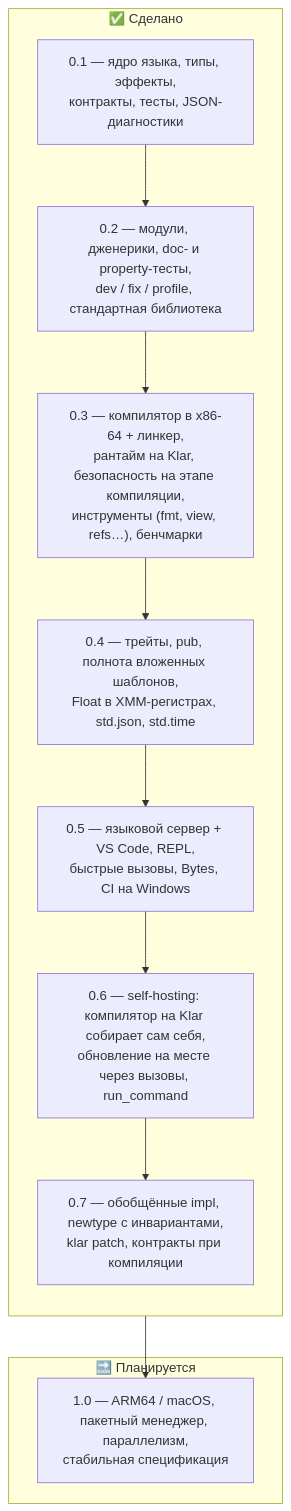
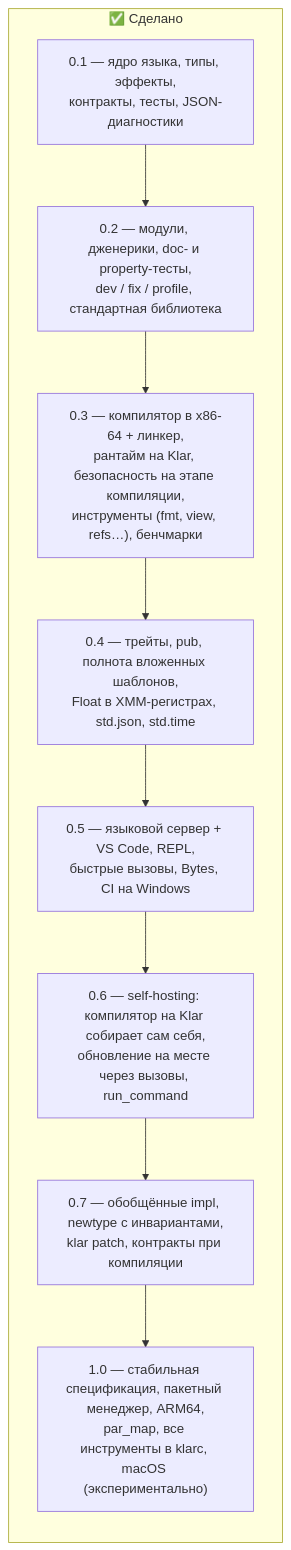
Before and after one commit to veosett/Klar: the second of 2 diagrams in README.ru.md, drawn with Mermaid. The commit also changed other lines of this file and 22 other files, not shown here.

````diff
--- a/README.ru.md
+++ b/README.ru.md
@@ -148,18 +149,15 @@
 ```mermaid
 flowchart TB
     subgraph done["✅ Сделано"]
         direction TB
         v01["0.1 — ядро языка, типы, эффекты,<br/>контракты, тесты, JSON-диагностики"]
         v02["0.2 — модули, дженерики, doc- и property-тесты,<br/>dev / fix / profile, стандартная библиотека"]
         v03["0.3 — компилятор в x86-64 + линкер,<br/>рантайм на Klar, безопасность на этапе компиляции,<br/>инструменты (fmt, view, refs…), бенчмарки"]
         v04["0.4 — трейты, pub, полнота вложенных шаблонов,<br/>Float в XMM-регистрах, std.json, std.time"]
         v05["0.5 — языковой сервер + VS Code, REPL,<br/>быстрые вызовы, Bytes, CI на Windows"]
         v06["0.6 — self-hosting: компилятор на Klar собирает сам себя,<br/>обновление на месте через вызовы, run_command"]
         v07["0.7 — обобщённые impl, newtype с инвариантами,<br/>klar patch, контракты при компиляции"]
-        v01 --> v02 --> v03 --> v04 --> v05 --> v06 --> v07
+        v10["1.0 — стабильная спецификация, пакетный менеджер, ARM64,<br/>par_map, все инструменты в klarc, macOS (экспериментально)"]
+        v01 --> v02 --> v03 --> v04 --> v05 --> v06 --> v07 --> v10
     end
-    subgraph next["🔜 Планируется"]
-        v10["1.0 — ARM64 / macOS, пакетный менеджер, параллелизм,<br/>стабильная спецификация"]
-    end
-    v07 --> v10
 ```
````
